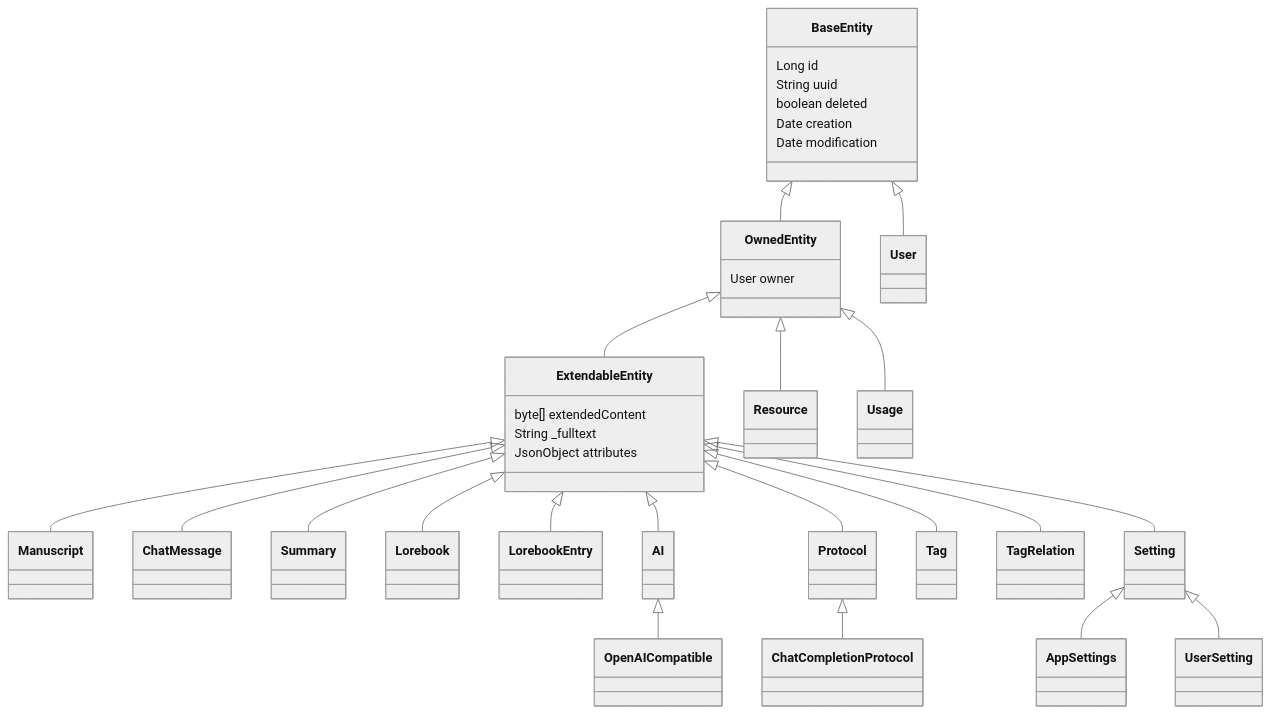
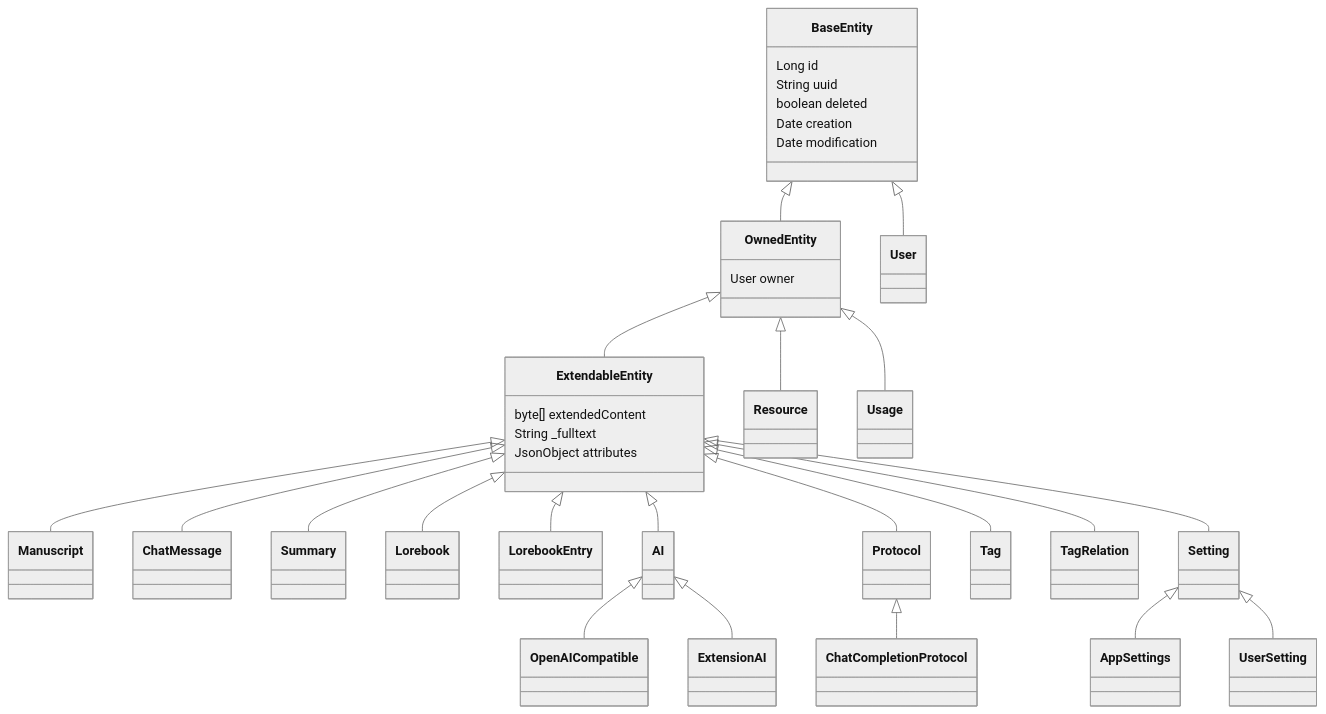
One commit to Enerccio/Marginalia changed the second of 3 diagrams in docs/developer/domain-model.md. Above: the diagram before and after it, drawn with Mermaid (neutral theme). The commit also changed other lines of this file and 156 other files, not shown here.

````diff
--- a/docs/developer/domain-model.md
+++ b/docs/developer/domain-model.md
@@ -61,37 +61,38 @@
 ```mermaid
 classDiagram
     class BaseEntity {
         Long id
         String uuid
         boolean deleted
         Date creation
         Date modification
     }
     class OwnedEntity {
         User owner
     }
     class ExtendableEntity {
         byte[] extendedContent
         String _fulltext
         JsonObject attributes
     }
     BaseEntity <|-- User
     BaseEntity <|-- OwnedEntity
     OwnedEntity <|-- Resource
     OwnedEntity <|-- ExtendableEntity
     ExtendableEntity <|-- Manuscript
     ExtendableEntity <|-- ChatMessage
     ExtendableEntity <|-- Summary
     ExtendableEntity <|-- Lorebook
     ExtendableEntity <|-- LorebookEntry
     OwnedEntity <|-- Usage
     ExtendableEntity <|-- AI
     ExtendableEntity <|-- Protocol
     ExtendableEntity <|-- Tag
     ExtendableEntity <|-- TagRelation
     ExtendableEntity <|-- Setting
     AI <|-- OpenAICompatible
+    AI <|-- ExtensionAI
     Protocol <|-- ChatCompletionProtocol
     Setting <|-- AppSettings
     Setting <|-- UserSetting
 ```
````
